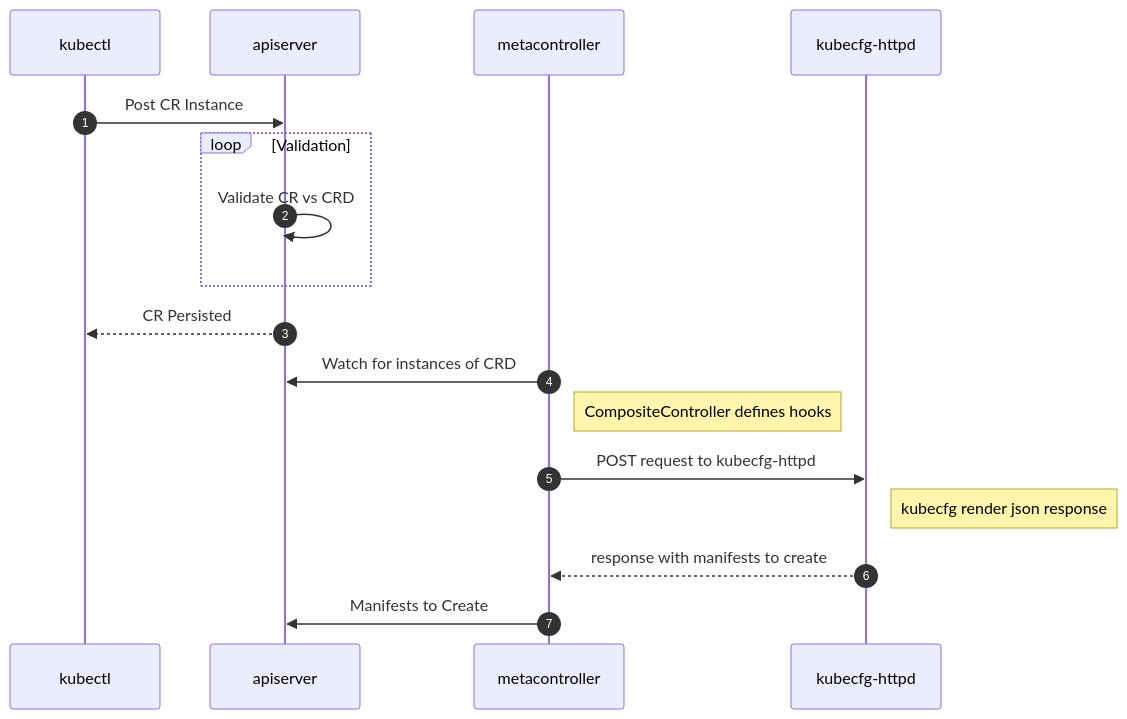
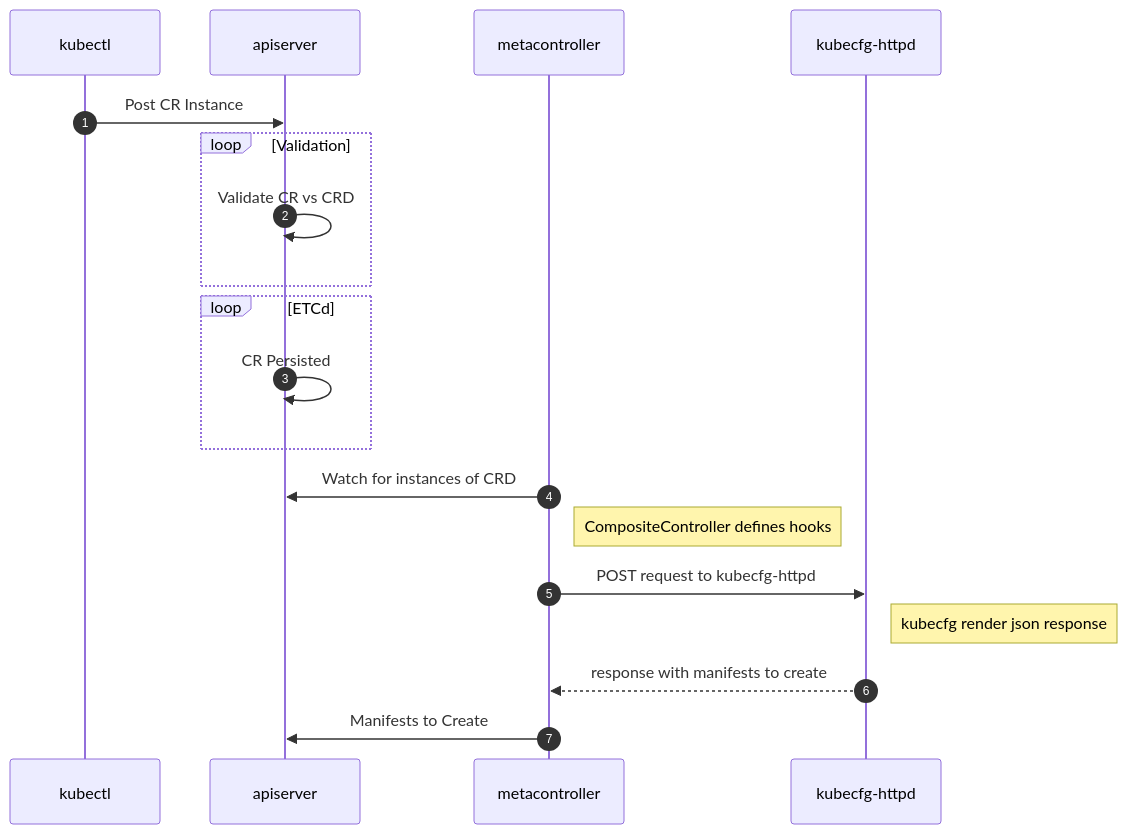
Before and after one commit to kubecfg/kubecfg: the diagram in docs/Advanced-Usage/metacontroller-integration.md, drawn with Mermaid. The commit also changed other lines of this file, not shown here.

Commit message:
Update loop

````diff
--- a/docs/Advanced-Usage/metacontroller-integration.md
+++ b/docs/Advanced-Usage/metacontroller-integration.md
@@ -18,15 +18,17 @@
 ``` mermaid
 sequenceDiagram
   autonumber
   kubectl->>apiserver: Post CR Instance
   loop Validation
       apiserver->>apiserver: Validate CR vs CRD
   end
-  apiserver-->>kubectl: CR Persisted
+  loop ETCd
+      apiserver->>apiserver: CR Persisted
+  end
   metacontroller->>apiserver: Watch for instances of CRD
   Note right of metacontroller: CompositeController defines hooks
   metacontroller->>kubecfg-httpd: POST request to kubecfg-httpd
   Note right of kubecfg-httpd: kubecfg render json response
   kubecfg-httpd-->>metacontroller: response with manifests to create
   metacontroller->>apiserver: Manifests to Create
 ```
````
